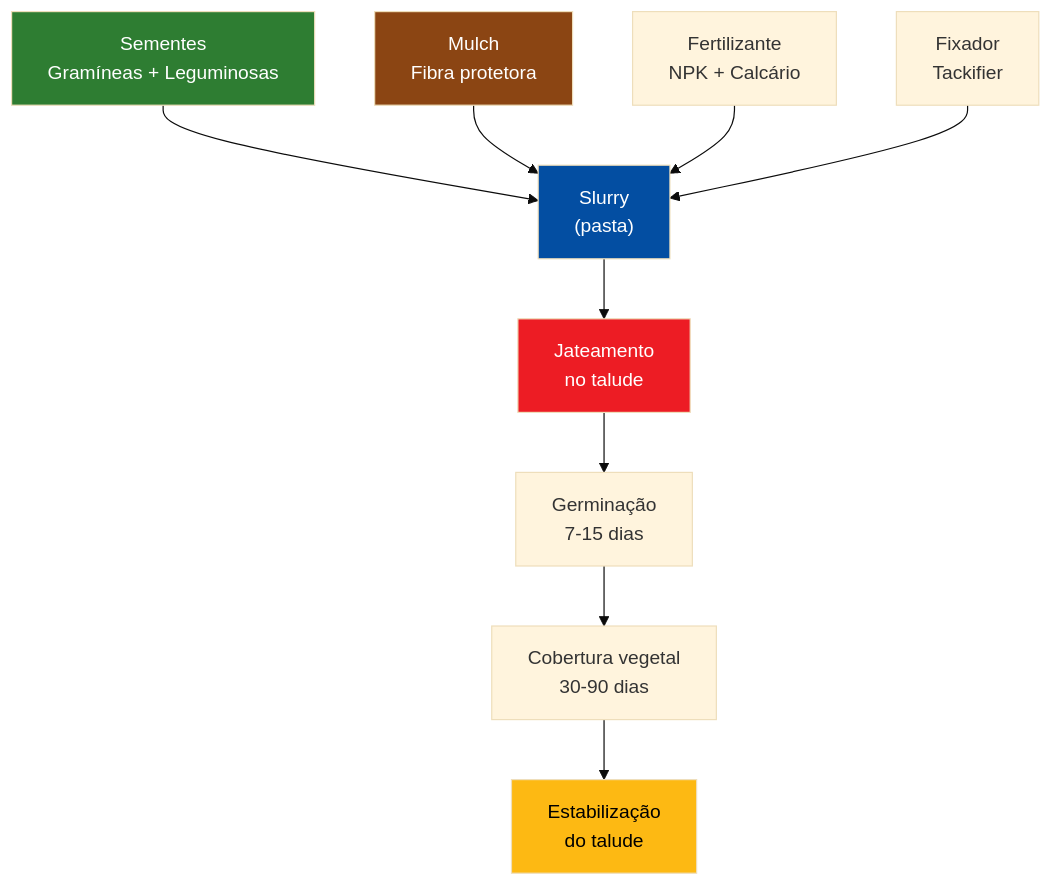
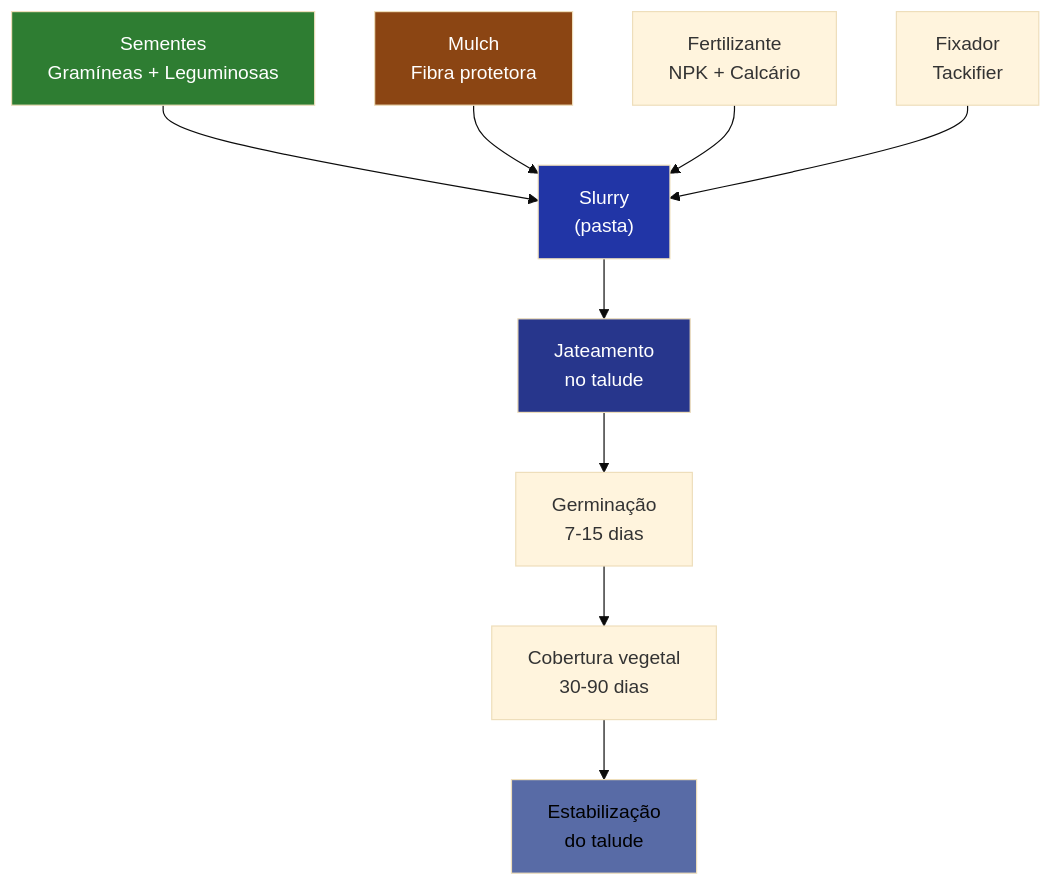
Before and after one commit to ldvsantos/cv: the sixth of 6 diagrams in aulas/bioengenharia_de_solos/aulas/hidrossemeadura/hidrossemeadura.qmd, drawn with Mermaid (base theme). The commit also changed other lines of this file and 466 other files, not shown here.

````diff
--- a/aulas/bioengenharia_de_solos/aulas/hidrossemeadura/hidrossemeadura.qmd
+++ b/aulas/bioengenharia_de_solos/aulas/hidrossemeadura/hidrossemeadura.qmd
@@ -624,17 +622,17 @@
 ```{mermaid}
 %%| fig-width: 5
 graph TD
     A["Sementes<br>Gramíneas + Leguminosas"] --> E["Slurry<br>(pasta)"]
     B["Mulch<br>Fibra protetora"] --> E
     C["Fertilizante<br>NPK + Calcário"] --> E
     D["Fixador<br>Tackifier"] --> E
     E --> F["Jateamento<br>no talude"]
     F --> G["Germinação<br>7-15 dias"]
     G --> H["Cobertura vegetal<br>30-90 dias"]
     H --> I["Estabilização<br>do talude"]
     style A fill:#2E7D32,color:#fff
     style B fill:#8B4513,color:#fff
-    style E fill:#034EA2,color:#fff
-    style F fill:#ED1C24,color:#fff
-    style I fill:#FDB913,color:#000
+    style E fill:#2135A6,color:#fff
+    style F fill:#27368C,color:#fff
+    style I fill:#586BA6,color:#000
 ```
````
